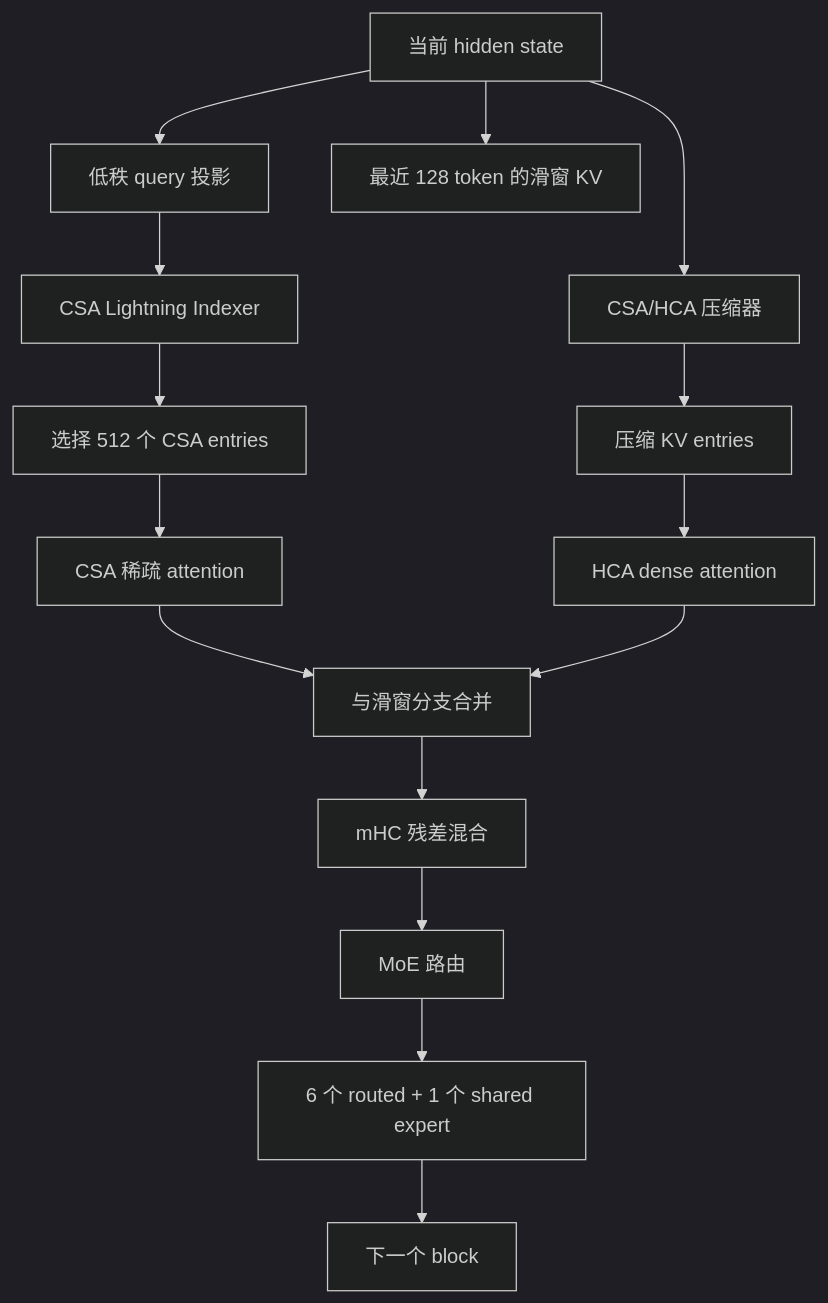
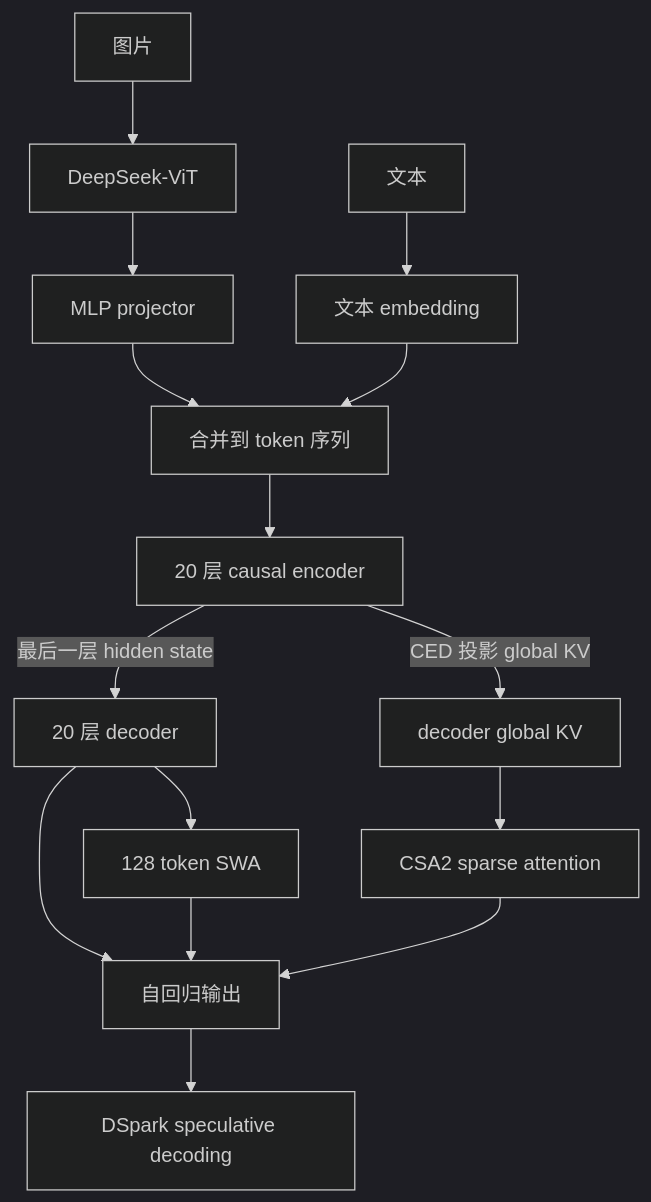
Before and after one commit to GentleCold/GentleCold.github.io: the diagram in source/_posts/deepseek-v4-flash-inference-architecture.md, drawn with Mermaid (dark theme). The commit also changed other lines of this file, not shown here.

Commit message:
rewrite deepseek v4.1 flash architecture note

````diff
--- a/source/_posts/deepseek-v4-flash-inference-architecture.md
+++ b/source/_posts/deepseek-v4-flash-inference-architecture.md
@@ -49,17 +49,17 @@
 ```mermaid
 flowchart TD
-    H[当前 hidden state] --> Q[低秩 query 投影]
-    H --> C[CSA/HCA 压缩器]
-    C --> KVC[压缩 KV entries]
-    Q --> IDX[CSA Lightning Indexer]
-    IDX --> TOPK[选择 512 个 CSA entries]
-    TOPK --> ATT[CSA 稀疏 attention]
-    KVC --> HATT[HCA dense attention]
-    H --> SWA[最近 128 token 的滑窗 KV]
-    ATT --> MERGE[与滑窗分支合并]
-    HATT --> MERGE
-    MERGE --> RES[mHC 残差混合]
-    RES --> ROUTER[MoE 路由]
-    ROUTER --> EXP[6 个 routed + 1 个 shared expert]
-    EXP --> OUT[下一个 block]
+    IMG[图片] --> VIT[DeepSeek-ViT]
+    VIT --> PROJ[MLP projector]
+    TXT[文本] --> EMB[文本 embedding]
+    PROJ --> MIX[合并到 token 序列]
+    EMB --> MIX
+    MIX --> ENC[20 层 causal encoder]
+    ENC -->|最后一层 hidden state| DEC[20 层 decoder]
+    ENC -->|CED 投影 global KV| GKV[decoder global KV]
+    DEC --> OUT[自回归输出]
+    GKV --> CSA[CSA2 sparse attention]
+    DEC --> SWA[128 token SWA]
+    CSA --> OUT
+    SWA --> OUT
+    OUT --> DSP[DSpark speculative decoding]
 ```
````
